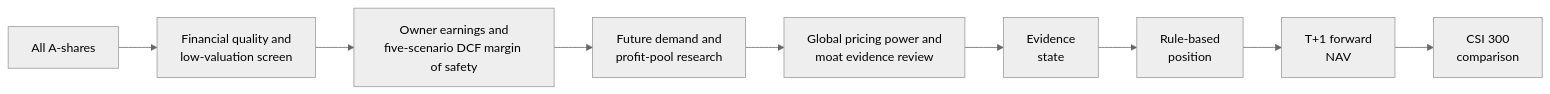
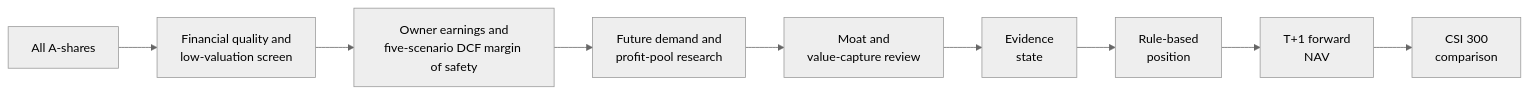
The diagram in README.md (MIngQian04/a-share-moat-value-strategy), drawn with Mermaid (neutral theme) before and after one commit. The commit also changed other lines of this file and 4 other files, not shown here.

Commit message:
Remove unsupported global pricing power claims

````diff
--- a/README.md
+++ b/README.md
@@ -55,11 +53,11 @@
 ```mermaid
 flowchart LR
     A["All A-shares"] --> B["Financial quality and<br/>low-valuation screen"]
     B --> C["Owner earnings and<br/>five-scenario DCF margin of safety"]
     C --> D["Future demand and<br/>profit-pool research"]
-    D --> E["Global pricing power and<br/>moat evidence review"]
+    D --> E["Moat and<br/>value-capture review"]
     E --> F["Evidence<br/>state"]
     F --> G["Rule-based<br/>position"]
     G --> H["T+1 forward<br/>NAV"]
     H --> I["CSI 300<br/>comparison"]
 ```
````
